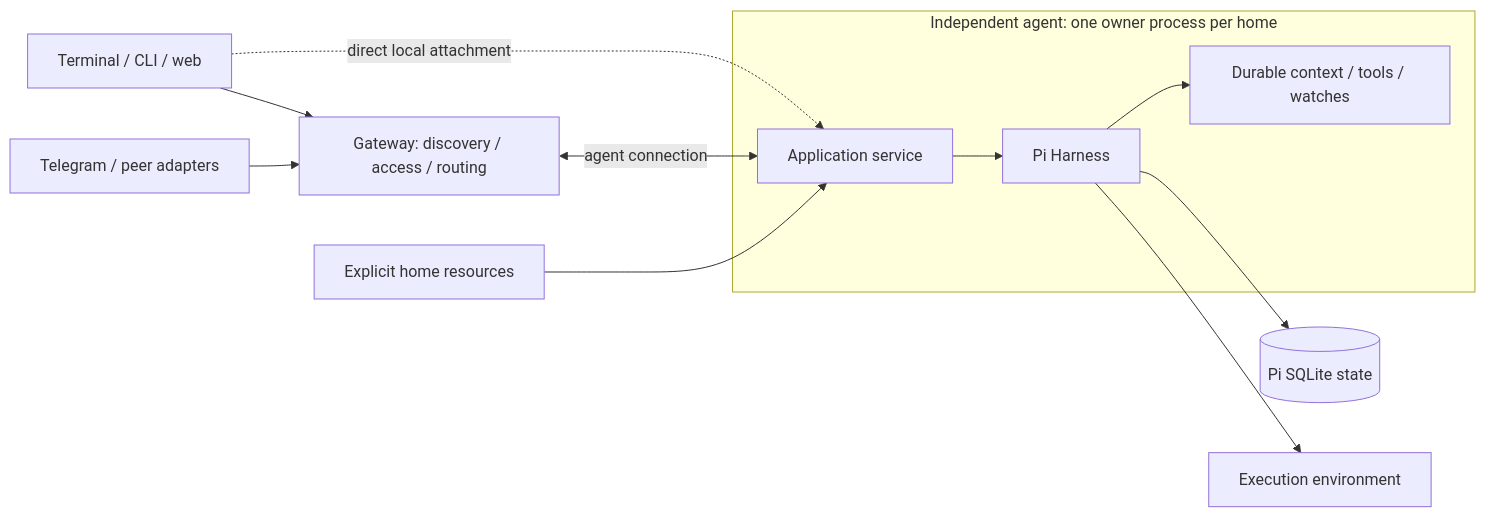
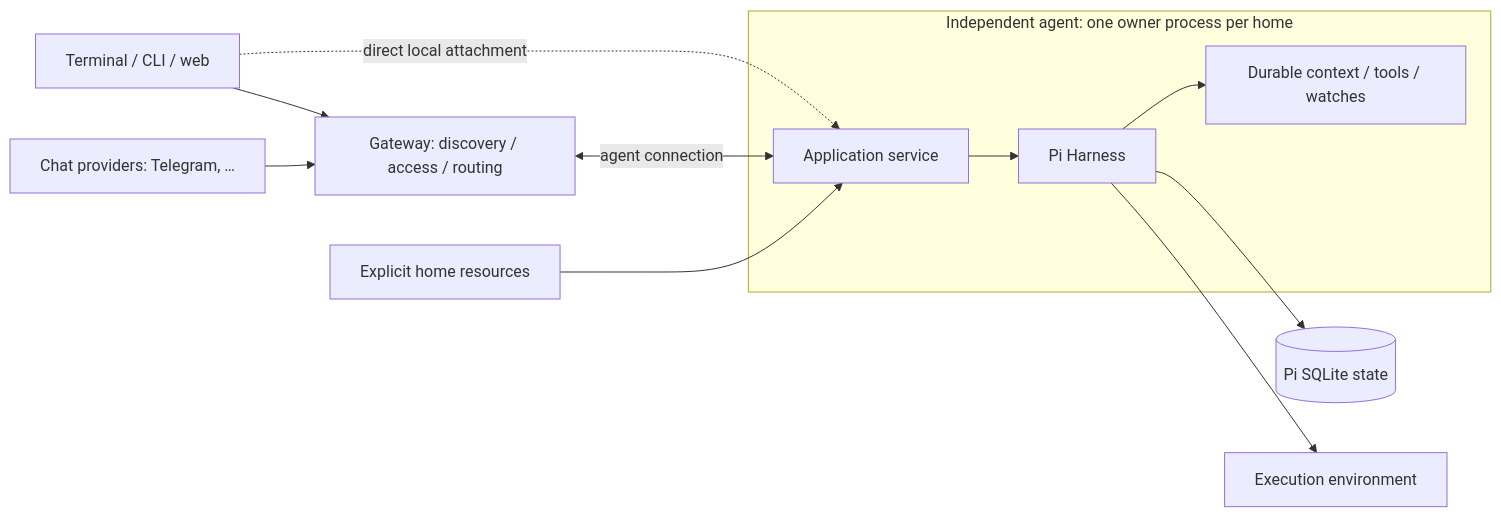
The diagram in docs/REDESIGN/PLAN.md (zachmeador/shrimpy), drawn with Mermaid before and after one commit. The commit also changed other lines of this file, not shown here.

First line of the commit message:
docs: treat Telegram as one chat provider in the plan

````diff
--- a/docs/REDESIGN/PLAN.md
+++ b/docs/REDESIGN/PLAN.md
@@ -160,14 +161,14 @@
 ```mermaid
 flowchart LR
     Clients["Terminal / CLI / web"] --> Gateway["Gateway: discovery / access / routing"]
     Clients -. "direct local attachment" .-> Service
-    Adapters["Telegram / peer adapters"] --> Gateway
+    Chat["Chat providers: Telegram, …"] --> Gateway
     Gateway <-->|"agent connection"| Service
     subgraph Owner["Independent agent: one owner process per home"]
         Service["Application service"] --> Pi["Pi Harness"]
         Pi --> Extensions["Durable context / tools / watches"]
     end
     Pi --> State[("Pi SQLite state")]
     Pi --> Environment["Execution environment"]
     Home["Explicit home resources"] --> Service
 ```
````
